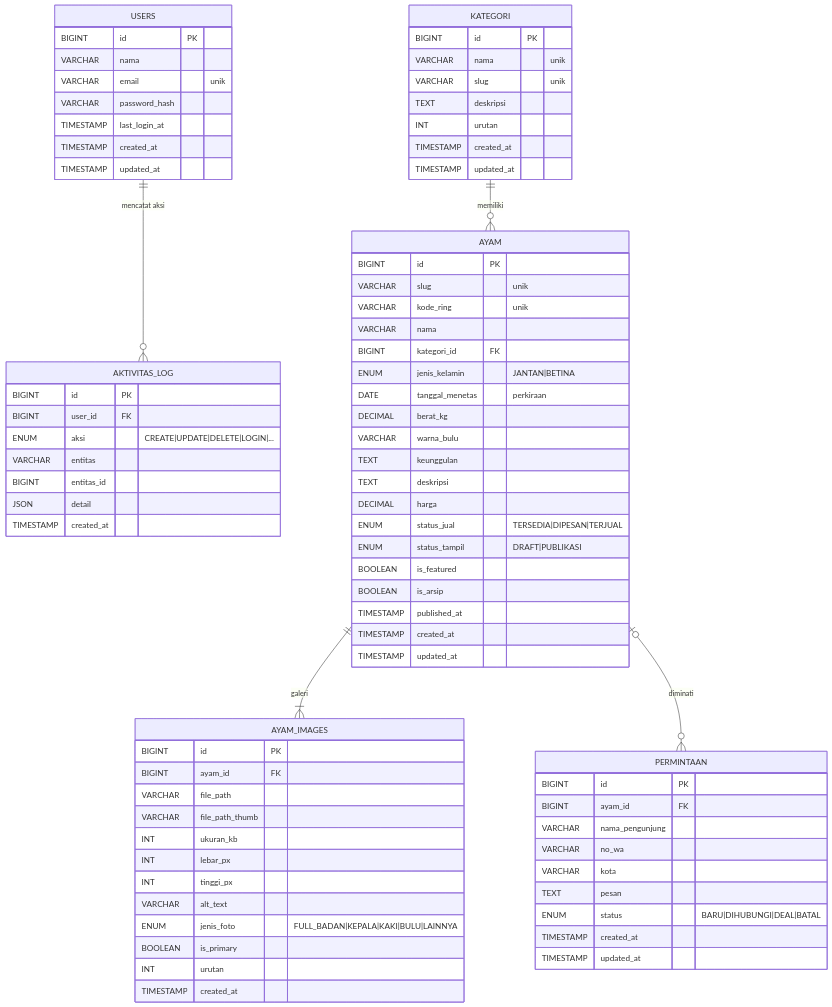
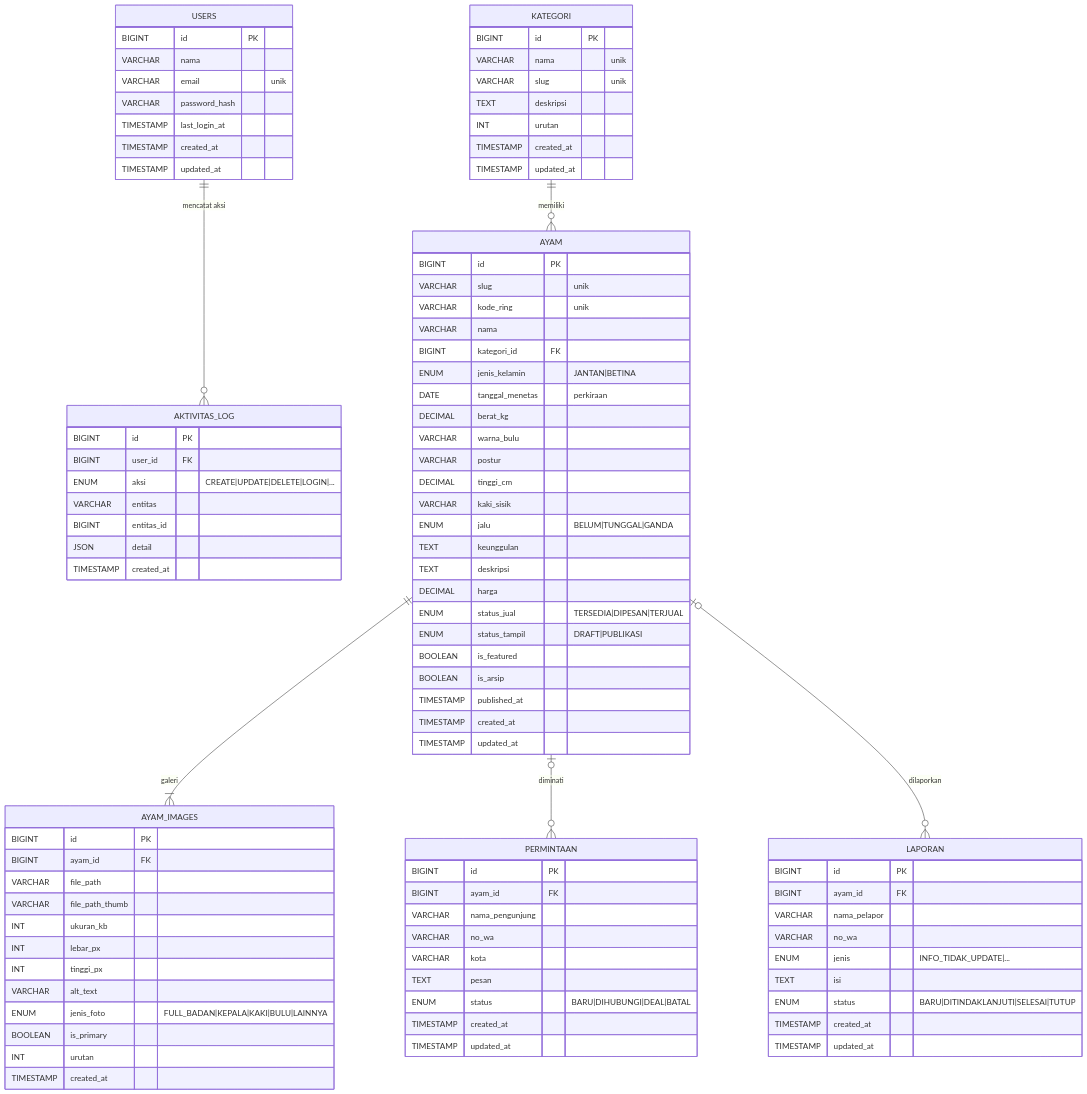
One commit to anggarabudiyantooo-hub/hw-catalog changed the diagram in docs/ERD.md. Above: the diagram before and after it, drawn with Mermaid. The commit also changed other lines of this file and 12 other files, not shown here.

```diff
--- a/docs/ERD.md
+++ b/docs/ERD.md
@@ -35,6 +35,19 @@
 
     AYAM ||--|{ AYAM_IMAGES : "galeri"
     AYAM |o--o{ PERMINTAAN : "diminati"
+    AYAM |o--o{ LAPORAN : "dilaporkan"
+
+    LAPORAN {
+        BIGINT id PK
+        BIGINT ayam_id FK
+        VARCHAR nama_pelapor
+        VARCHAR no_wa
+        ENUM jenis "INFO_TIDAK_UPDATE|..."
+        TEXT isi
+        ENUM status "BARU|DITINDAKLANJUTI|SELESAI|TUTUP"
+        TIMESTAMP created_at
+        TIMESTAMP updated_at
+    }
 
     USERS {
         BIGINT id PK
@@ -64,6 +77,10 @@
         DATE tanggal_menetas "perkiraan"
         DECIMAL berat_kg
         VARCHAR warna_bulu
+        VARCHAR postur
+        DECIMAL tinggi_cm
+        VARCHAR kaki_sisik
+        ENUM jalu "BELUM|TUNGGAL|GANDA"
         TEXT keunggulan
         TEXT deskripsi
         DECIMAL harga
```
